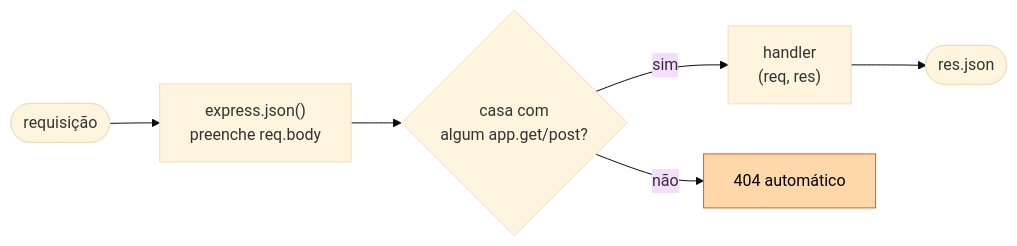
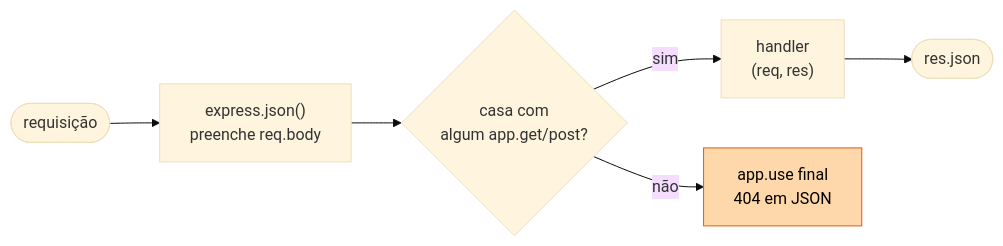
Before and after one commit to kessleru/Backend-express: the first of 2 diagrams in docs/03-express-basico.md, drawn with Mermaid (base theme). The commit also changed other lines of this file and 1 other file, not shown here.

````diff
--- a/docs/03-express-basico.md
+++ b/docs/03-express-basico.md
@@ -58,8 +58,8 @@
 ```mermaid
 flowchart LR
     REQ([requisição]) --> J["express.json()<br/>preenche req.body"]
     J --> ROTA{"casa com<br/>algum app.get/post?"}
     ROTA -- sim --> H["handler<br/>(req, res)"] --> RES([res.json])
-    ROTA -- não --> E404["404 automático"]
+    ROTA -- não --> E404["app.use final<br/>404 em JSON"]
     style E404 fill:#fed7aa,stroke:#ea580c,color:#000
 ```
````
